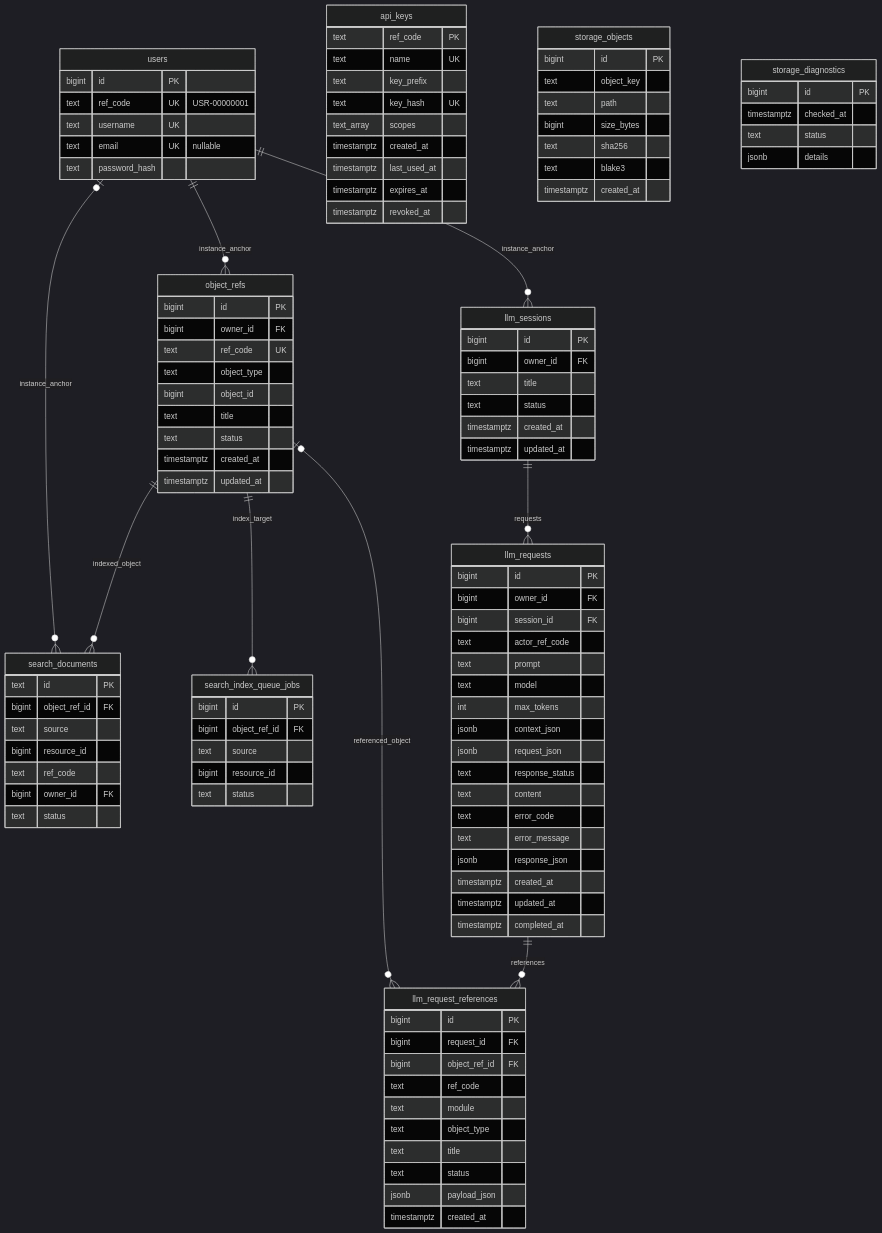
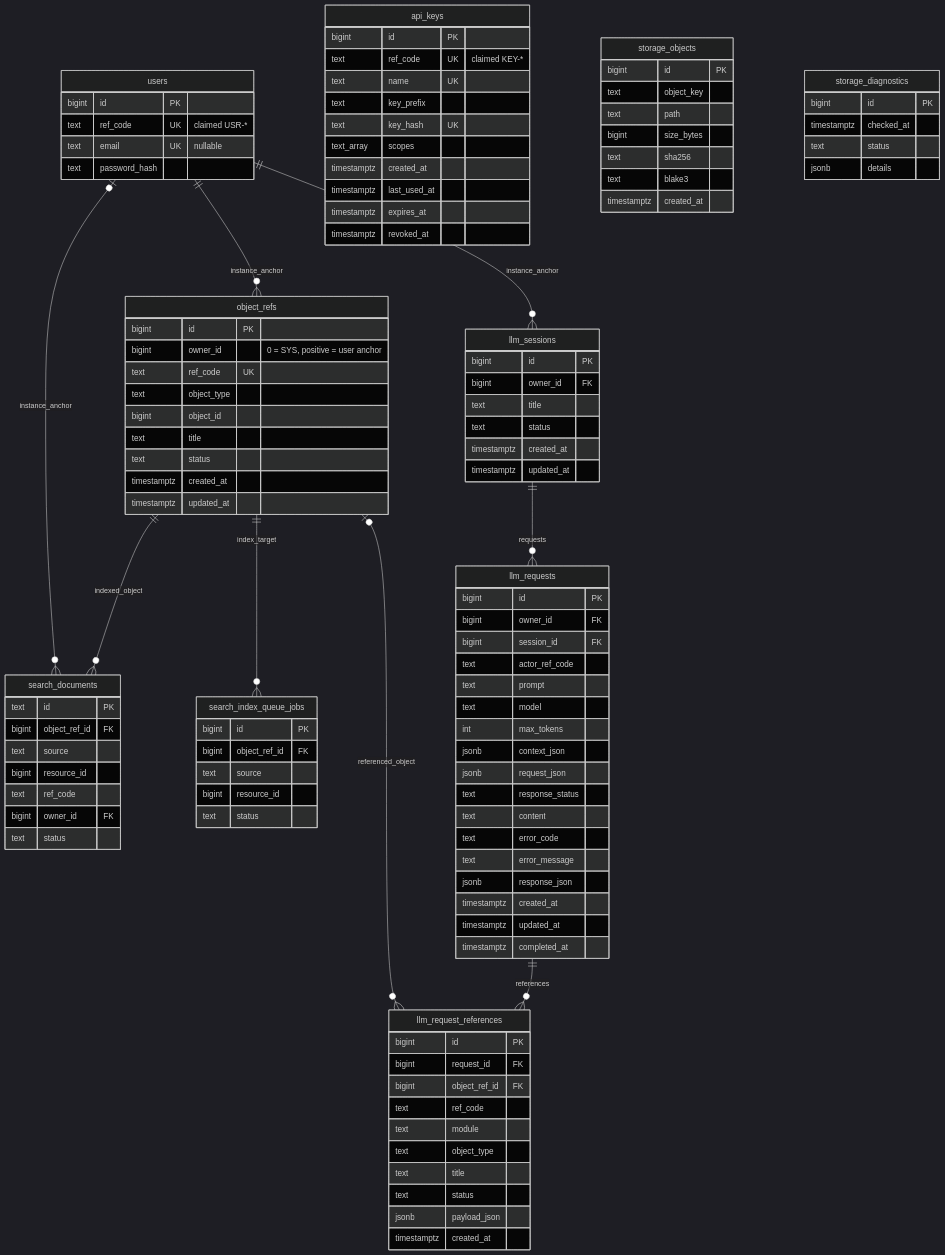
One commit to stark-lin/saturn changed the second of 2 diagrams in docs/ER.md. Above: the diagram before and after it, drawn with Mermaid (dark theme). The commit also changed other lines of this file and 50 other files, not shown here.

```diff
--- a/docs/ER.md
+++ b/docs/ER.md
@@ -293,14 +293,14 @@
 erDiagram
   users {
     bigint id PK
-    text ref_code UK "USR-00000001"
-    text username UK
+    text ref_code UK "claimed USR-*"
     text email UK "nullable"
     text password_hash
   }
 
   api_keys {
-    text ref_code PK
+    bigint id PK
+    text ref_code UK "claimed KEY-*"
     text name UK
     text key_prefix
     text key_hash UK
@@ -313,7 +313,7 @@
 
   object_refs {
     bigint id PK
-    bigint owner_id FK
+    bigint owner_id "0 = SYS, positive = user anchor"
     text ref_code UK
     text object_type
     bigint object_id
```
